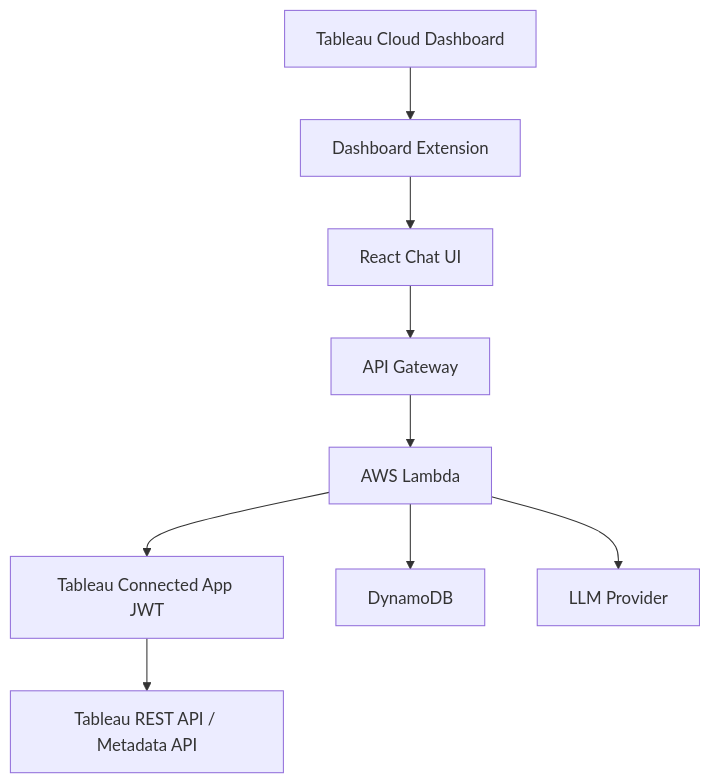
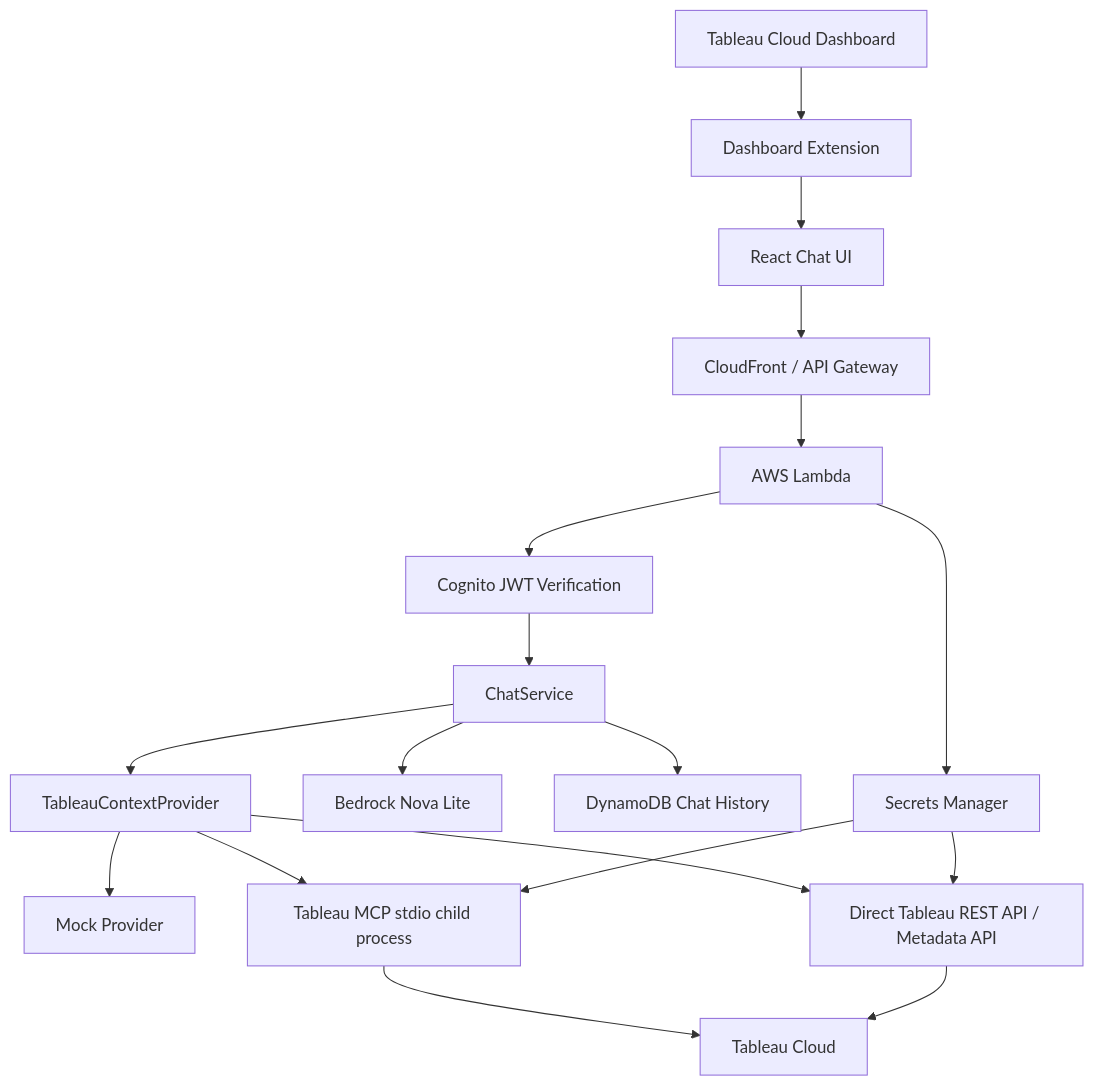
Before and after one commit to Chasoso/tableau-chat-extension: the first of 2 diagrams in docs/architecture.md, drawn with Mermaid. The commit also changed other lines of this file and 17 other files, not shown here.

````diff
--- a/docs/architecture.md
+++ b/docs/architecture.md
@@ -5,11 +5,20 @@
 ```mermaid
 flowchart TD
   A[Tableau Cloud Dashboard] --> B[Dashboard Extension]
   B --> C[React Chat UI]
-  C --> D[API Gateway]
+  C --> D[CloudFront / API Gateway]
   D --> E[AWS Lambda]
-  E --> F[Tableau Connected App JWT]
-  F --> G[Tableau REST API / Metadata API]
-  E --> H[DynamoDB]
-  E --> I[LLM Provider]
+  E --> F[Cognito JWT Verification]
+  F --> G[ChatService]
+  G --> H[TableauContextProvider]
+  H --> I[Mock Provider]
+  H --> J[Direct Tableau REST API / Metadata API]
+  H --> K[Tableau MCP stdio child process]
+  K --> L[Tableau Cloud]
+  J --> L
+  G --> M[Bedrock Nova Lite]
+  G --> N[DynamoDB Chat History]
+  E --> O[Secrets Manager]
+  O --> J
+  O --> K
 ```
````
